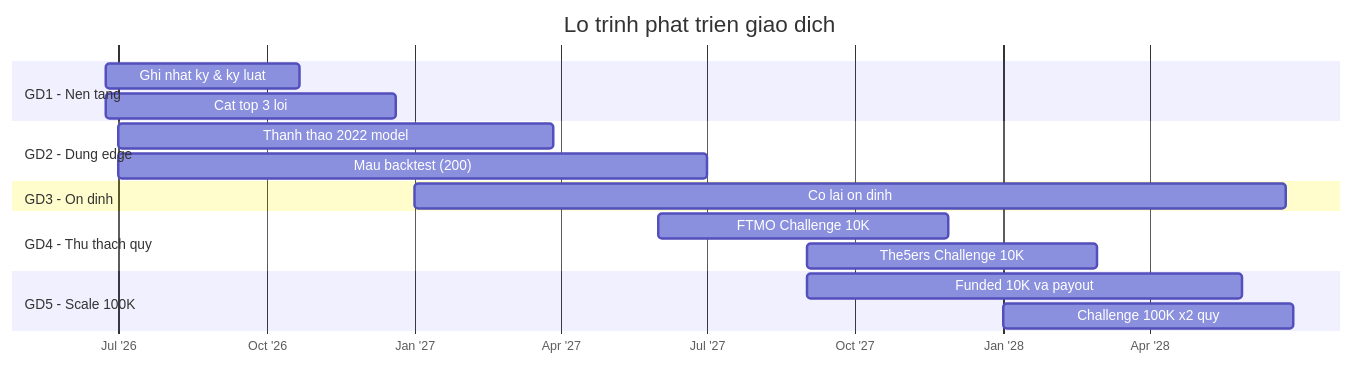
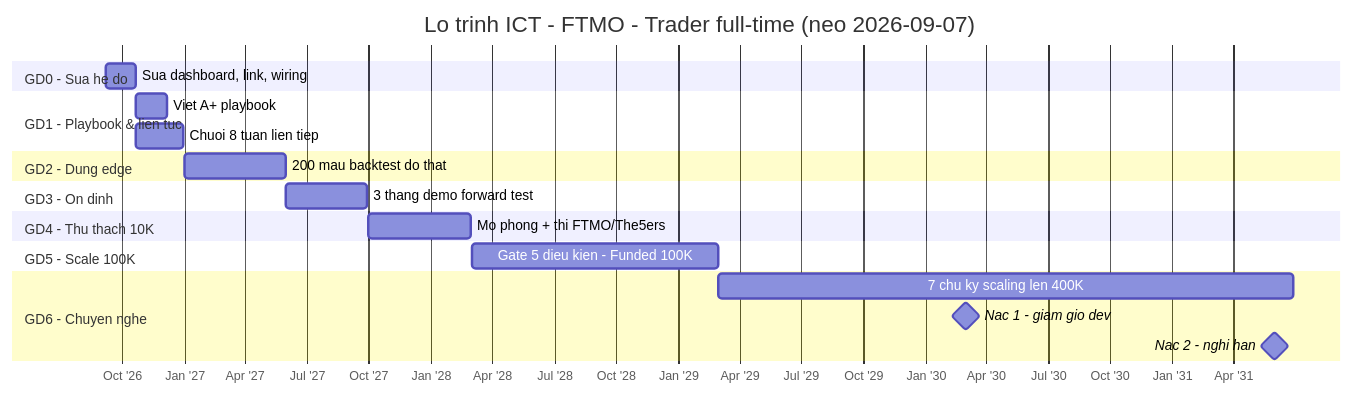
Before and after one commit to quockhangluong1012/trading-journal-notes: the diagram in 09 - Goal Tracking/01 - Roadmap.md, drawn with Mermaid. The commit also changed other lines of this file and 302 other files, not shown here.

````diff
--- a/09 - Goal Tracking/01 - Roadmap.md
+++ b/09 - Goal Tracking/01 - Roadmap.md
@@ -92,20 +149,23 @@
 ```mermaid
 gantt
-    title Lo trinh phat trien giao dich
+    title Lo trinh ICT - FTMO - Trader full-time (neo 2026-09-07)
     dateFormat YYYY-MM-DD
     axisFormat %b '%y
-    section GD1 - Nen tang
-    Ghi nhat ky & ky luat   :a1, 2026-06-23, 120d
-    Cat top 3 loi           :a2, 2026-06-23, 180d
+    section GD0 - Sua he do
+    Sua dashboard, link, wiring    :d0, 2026-09-07, 45d
+    section GD1 - Playbook & lien tuc
+    Viet A+ playbook               :d1, 2026-10-22, 45d
+    Chuoi 8 tuan lien tiep         :d2, 2026-10-22, 70d
     section GD2 - Dung edge
-    Thanh thao 2022 model   :b1, 2026-07-01, 270d
-    Mau backtest (200)      :b2, 2026-07-01, 365d
+    200 mau backtest do that       :d3, 2027-01-01, 150d
     section GD3 - On dinh
-    Co lai on dinh          :c1, 2027-01-01, 540d
-    section GD4 - Thu thach quy
-    FTMO Challenge 10K      :d1, 2027-06-01, 180d
-    The5ers Challenge 10K   :d2, 2027-09-01, 180d
+    3 thang demo forward test      :d4, 2027-06-01, 120d
+    section GD4 - Thu thach 10K
+    Mo phong + thi FTMO/The5ers    :d5, 2027-10-01, 150d
     section GD5 - Scale 100K
-    Funded 10K va payout    :e1, 2027-09-01, 270d
-    Challenge 100K x2 quy   :e2, 2028-01-01, 180d
+    Gate 5 dieu kien - Funded 100K :d6, 2028-03-01, 365d
+    section GD6 - Chuyen nghe
+    7 chu ky scaling len 400K      :d7, 2029-03-01, 850d
+    Nac 1 - giam gio dev           :milestone, m1, 2030-03-01, 0d
+    Nac 2 - nghi han               :milestone, m2, 2031-06-01, 0d
 ```
````
